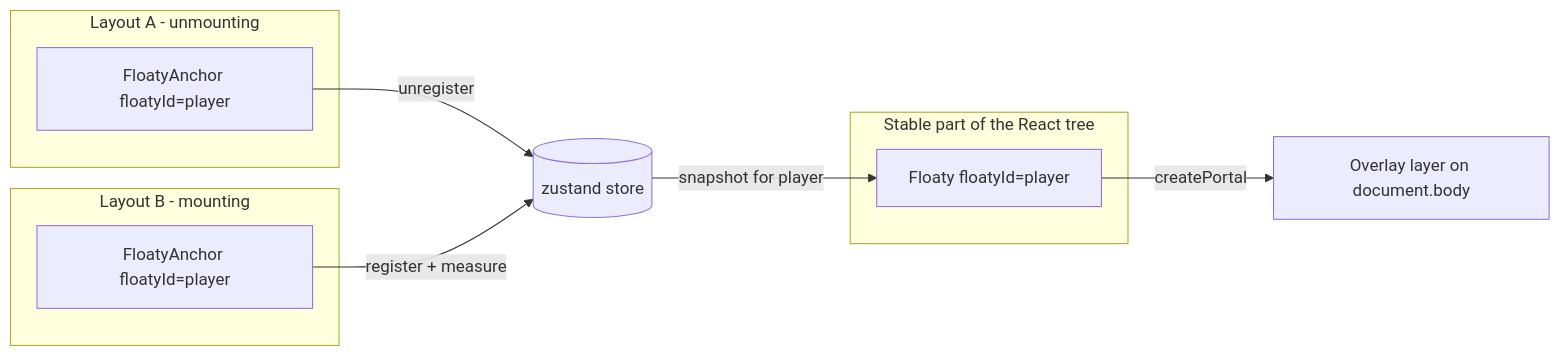
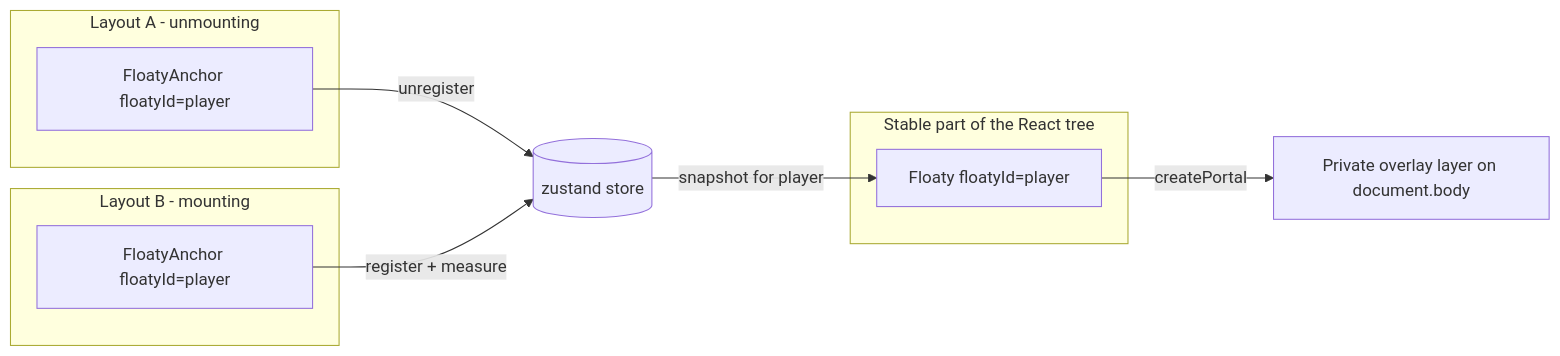
Before and after one commit to ryumy97/floaty: the first of 5 diagrams in packages/react/ARCHITECTURE.md, drawn with Mermaid. The commit also changed other lines of this file and 11 other files, not shown here.

````diff
--- a/packages/react/ARCHITECTURE.md
+++ b/packages/react/ARCHITECTURE.md
@@ -72,19 +72,19 @@
 ```mermaid
 flowchart LR
   subgraph stableTree [Stable part of the React tree]
     FloatyEl["Floaty floatyId=player"]
   end
   subgraph layoutA [Layout A - unmounting]
     AnchorA["FloatyAnchor floatyId=player"]
   end
   subgraph layoutB [Layout B - mounting]
     AnchorB["FloatyAnchor floatyId=player"]
   end
   Store[("zustand store")]
-  Layer["Overlay layer on document.body"]
+  Layer["Private overlay layer on document.body"]
 
   AnchorA -->|"unregister"| Store
   AnchorB -->|"register + measure"| Store
   Store -->|"snapshot for player"| FloatyEl
   FloatyEl -->|"createPortal"| Layer
 ```
````
